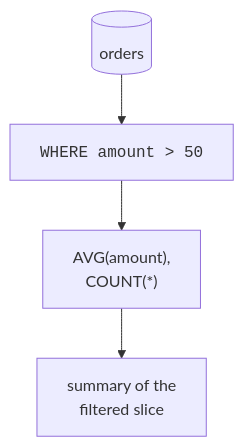
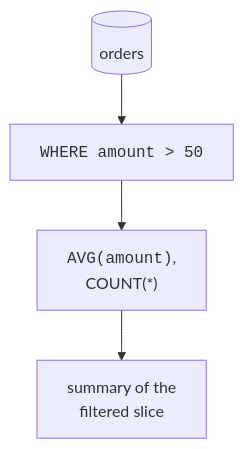
One commit to dataslope/dataslope changed the second of 2 diagrams in content/courses/sql-analytics-duckdb/aggregate-functions.mdx. Above: the diagram before and after it, drawn with Mermaid. The commit also changed other lines of this file and 283 other files, not shown here.

First line of the commit message:
Diagrams as elements, not characters: fix the box model, sweep the corpus, and make syntax breakdowns a convention (#652)

````diff
--- a/content/courses/sql-analytics-duckdb/aggregate-functions.mdx
+++ b/content/courses/sql-analytics-duckdb/aggregate-functions.mdx
@@ -211,6 +221,6 @@
 ```mermaid
 flowchart TD
     T[("orders")] --> W["<code>WHERE amount &gt; 50</code>"]
-    W --> A["AVG(amount),<br/>COUNT(*)"]
+    W --> A["<code>AVG(amount)</code>,<br/>COUNT(*)"]
     A --> R["summary of the<br/>filtered slice"]
 ```
````
